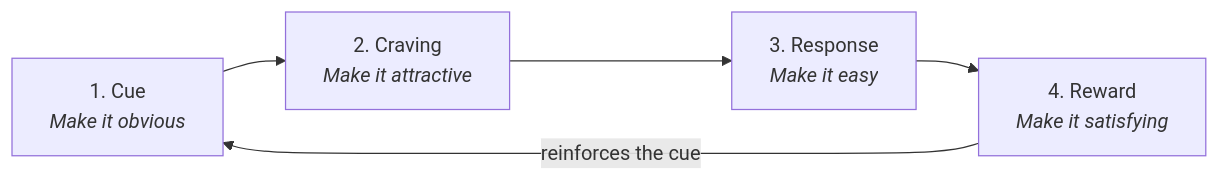
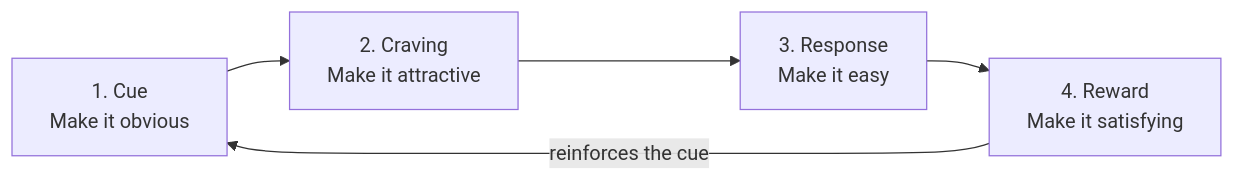
The diagram in docs/first-60-days/week-1/day-06.md (leotansingapore/aia-product-compass-hub), drawn with Mermaid before and after one commit. The commit also changed 1 other file, not shown here.

Commit message:
Habit loop and three-layer foundation diagrams now render cleanly — removed HTML italic/bold tags that Mermaid strict mode rejected

````diff
--- a/docs/first-60-days/week-1/day-06.md
+++ b/docs/first-60-days/week-1/day-06.md
@@ -78,7 +78,7 @@
 ```mermaid
 flowchart LR
-    A[1. Cue<br/><i>Make it obvious</i>] --> B[2. Craving<br/><i>Make it attractive</i>]
-    B --> C[3. Response<br/><i>Make it easy</i>]
-    C --> D[4. Reward<br/><i>Make it satisfying</i>]
+    A["1. Cue<br/>Make it obvious"] --> B["2. Craving<br/>Make it attractive"]
+    B --> C["3. Response<br/>Make it easy"]
+    C --> D["4. Reward<br/>Make it satisfying"]
     D -->|reinforces the cue| A
 ```
````
